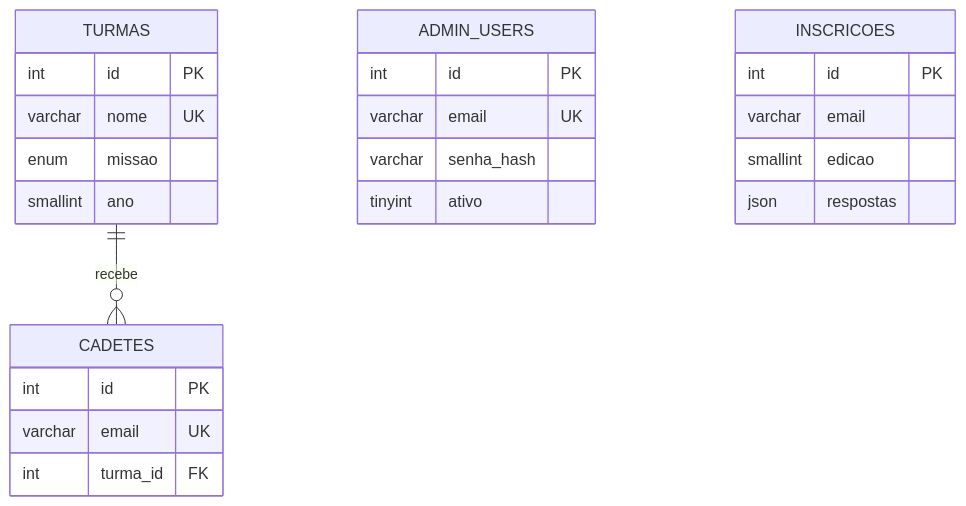
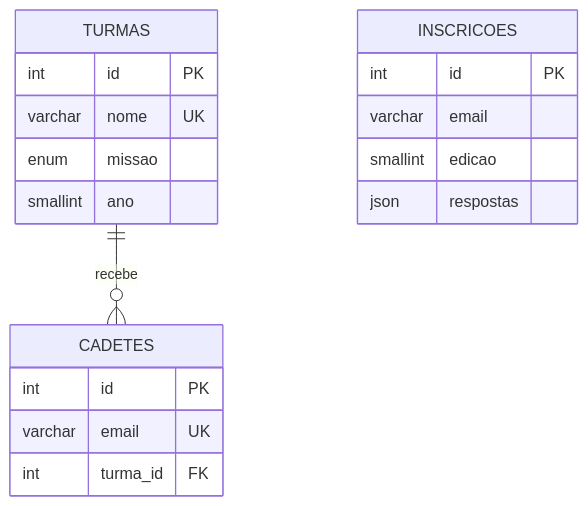
One commit to falvss/academia-meridiano changed the second of 2 diagrams in docs/PARTE_2.md. Above: the diagram before and after it, drawn with Mermaid. The commit also changed other lines of this file and 97 other files, not shown here.

````diff
--- a/docs/PARTE_2.md
+++ b/docs/PARTE_2.md
@@ -39,27 +39,21 @@
 ```mermaid
 erDiagram
     TURMAS ||--o{ CADETES : recebe
     TURMAS {
         int id PK
         varchar nome UK
         enum missao
         smallint ano
     }
     CADETES {
         int id PK
         varchar email UK
         int turma_id FK
     }
-    ADMIN_USERS {
-        int id PK
-        varchar email UK
-        varchar senha_hash
-        tinyint ativo
-    }
     INSCRICOES {
         int id PK
         varchar email
         smallint edicao
         json respostas
     }
 ```
````
